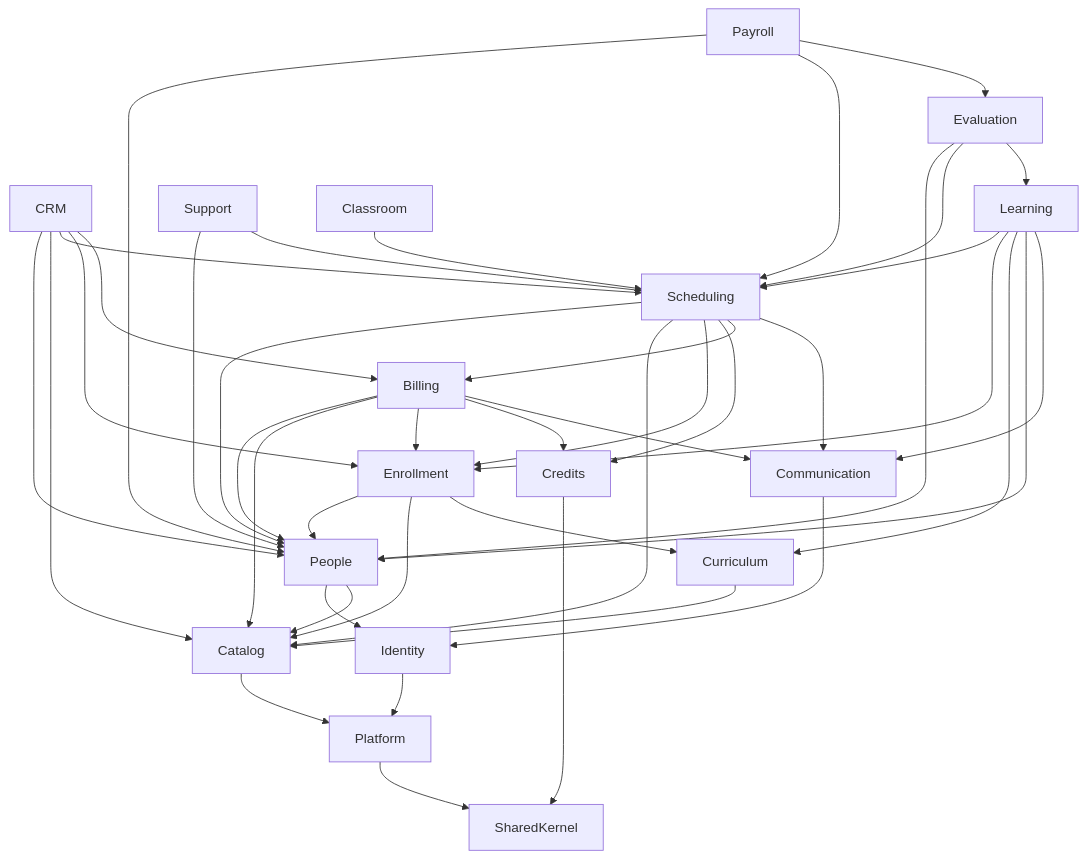
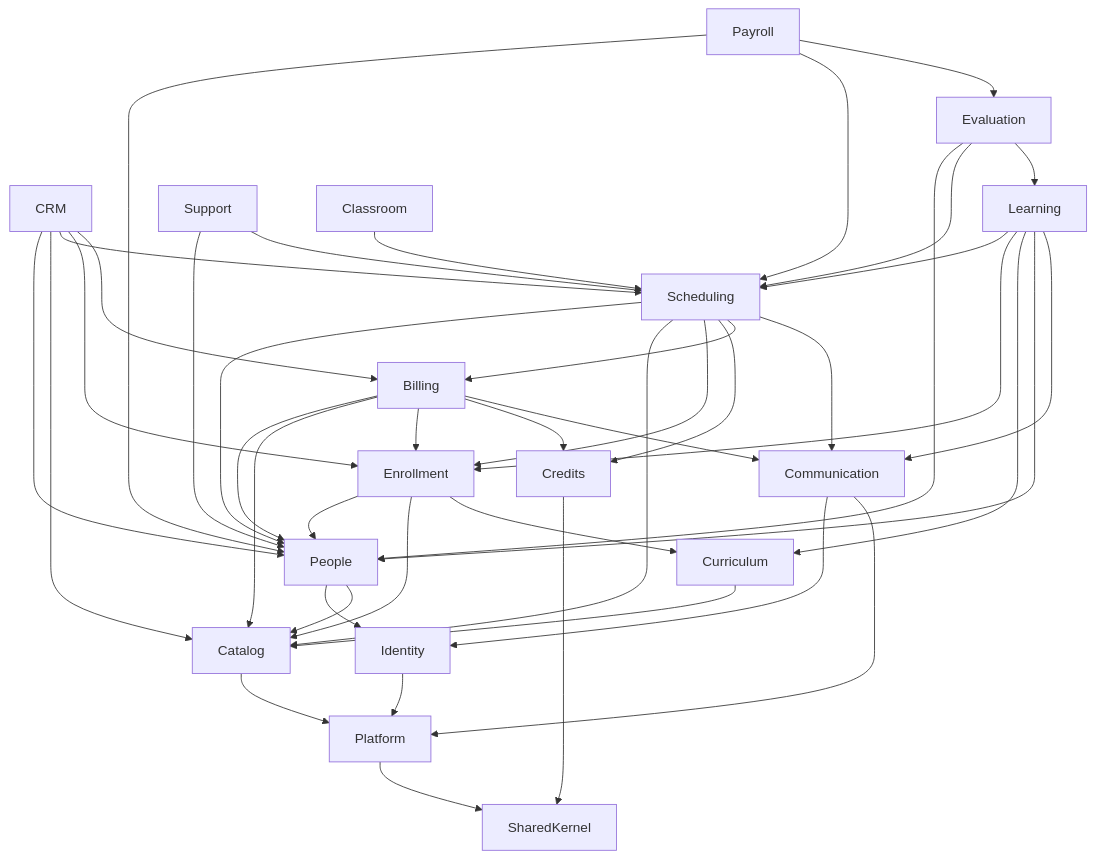
The diagram in docs/architecture/04-design-patterns.md (Mahmoud-Elgonidi/academy-lms), drawn with Mermaid before and after one commit. The commit also changed other lines of this file and 116 other files, not shown here.

````diff
--- a/docs/architecture/04-design-patterns.md
+++ b/docs/architecture/04-design-patterns.md
@@ -48,19 +48,19 @@
 ```mermaid
 flowchart TD
     CRM --> People & Catalog & Scheduling & Enrollment & Billing
     Payroll --> People & Scheduling & Evaluation
     Evaluation --> People & Scheduling & Learning
     Support --> People & Scheduling
     Learning --> Scheduling & Enrollment & Curriculum & People & Communication
     Billing --> People & Catalog & Enrollment & Credits & Communication
     Classroom --> Scheduling
     Scheduling --> People & Catalog & Enrollment & Credits & Billing & Communication
     Enrollment --> People & Catalog & Curriculum
     Curriculum --> Catalog
     People --> Identity & Catalog
-    Communication --> Identity
+    Communication --> Identity & Platform
     Identity --> Platform
     Catalog --> Platform
     Credits --> SharedKernel
     Platform --> SharedKernel
 ```
````
